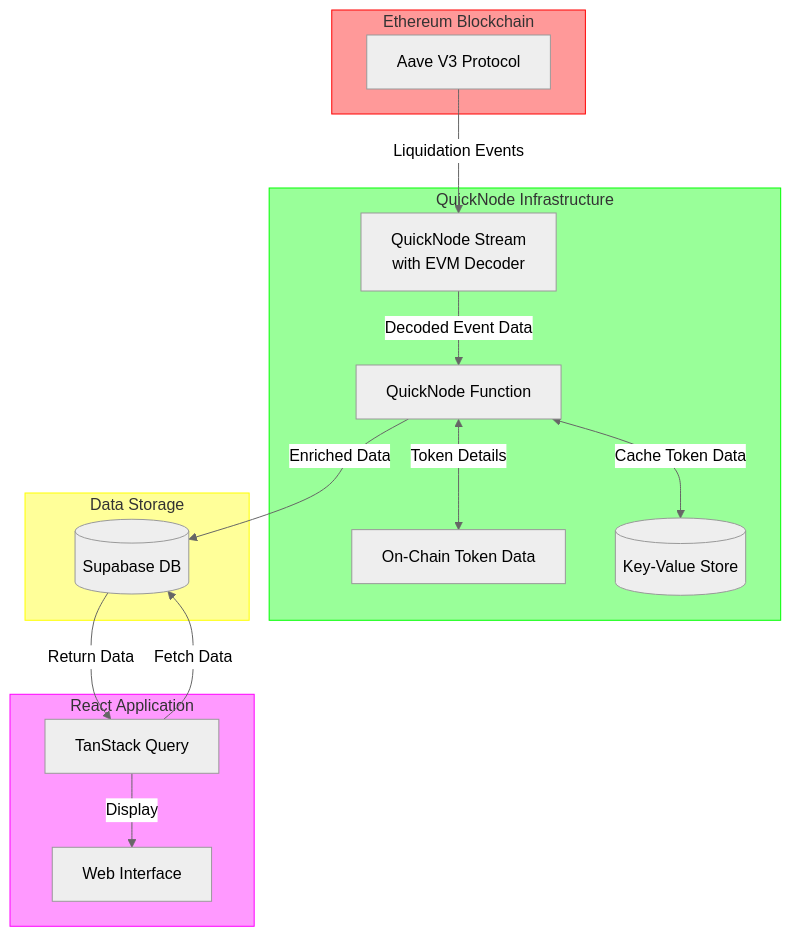
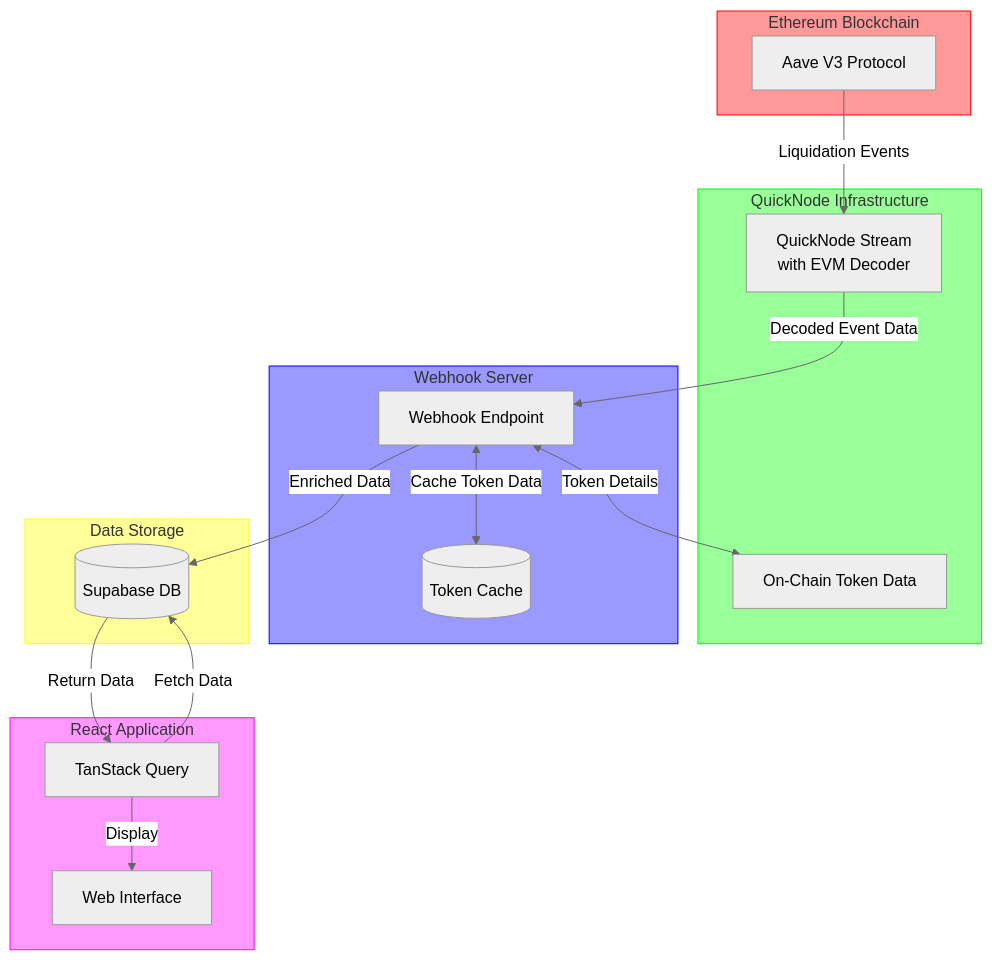
The diagram in sample-dapps/ethereum-aave-liquidation-tracker/README.md (quiknode-labs/qn-guide-examples), drawn with Mermaid (neutral theme) before and after one commit. The commit also changed other lines of this file and 17 other files, not shown here.

````diff
--- a/sample-dapps/ethereum-aave-liquidation-tracker/README.md
+++ b/sample-dapps/ethereum-aave-liquidation-tracker/README.md
@@ -80,36 +79,40 @@
 ```mermaid
 flowchart TB
     subgraph Blockchain["Ethereum Blockchain"]
         AaveV3[Aave V3 Protocol]
     end
 
     subgraph QN["QuickNode Infrastructure"]
         Stream["QuickNode Stream<br/>with EVM Decoder"]
-        Function["QuickNode Function"]
         ChainData["On-Chain Token Data"]
-        Cache[(Key-Value Store)]
+    end
+
+    subgraph Server["Webhook Server"]
+        Webhook["Webhook Endpoint"]
+        Cache[(Token Cache)]
     end
 
     subgraph Storage["Data Storage"]
         DB[(Supabase DB)]
     end
 
     subgraph Frontend["React Application"]
         UI["Web Interface"]
         Query["TanStack Query"]
     end
 
     AaveV3 -->|Liquidation Events| Stream
-    Stream -->|Decoded Event Data| Function
-    Function <-->|Token Details| ChainData
-    Function <-->|Cache Token Data| Cache
-    Function -->|Enriched Data| DB
+    Stream -->|Decoded Event Data| Webhook
+    Webhook <-->|Token Details| ChainData
+    Webhook <-->|Cache Token Data| Cache
+    Webhook -->|Enriched Data| DB
     Query -->|Fetch Data| DB
     DB -->|Return Data| Query
     Query -->|Display| UI
 
     style Blockchain fill:#ff9999,stroke:#ff0000
     style QN fill:#99ff99,stroke:#00ff00
+    style Server fill:#9999ff,stroke:#0000ff
     style Storage fill:#ffff99,stroke:#ffff00
     style Frontend fill:#ff99ff,stroke:#ff00ff
 ```
````
